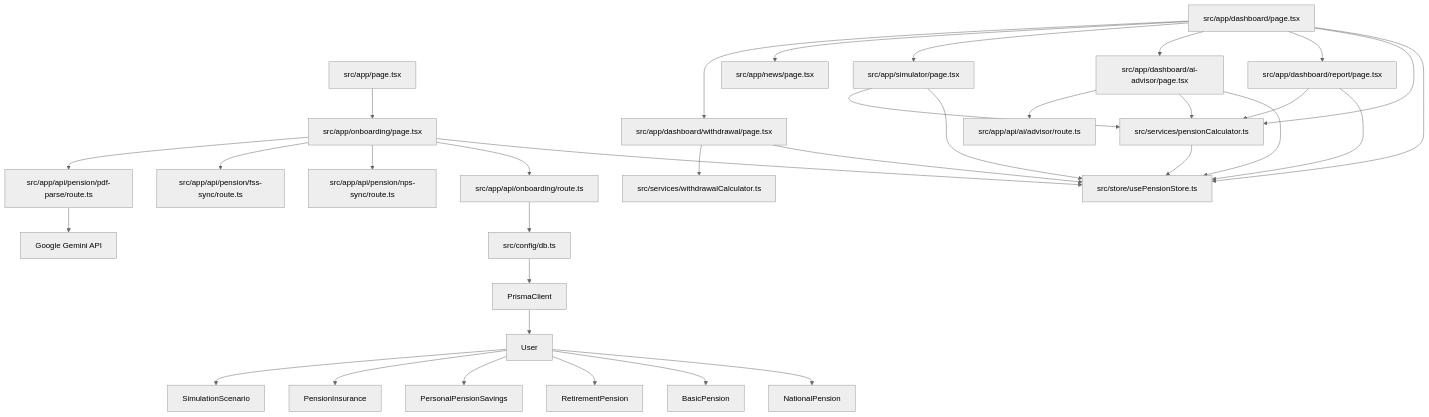
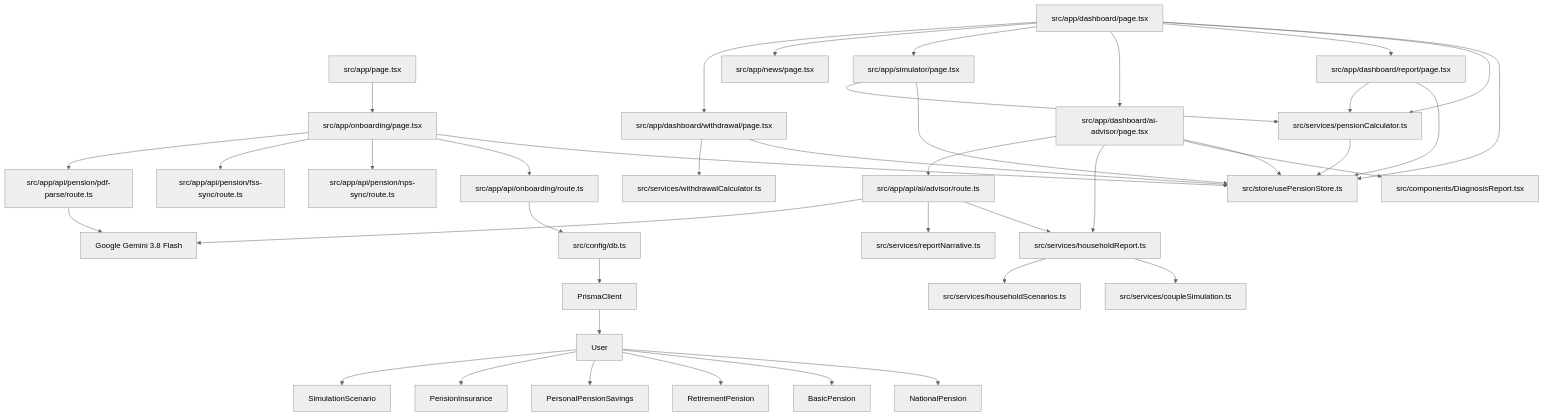
One commit to ChanHoya/PensionLab changed the diagram in docs/dependency-map.md. Above: the diagram before and after it, drawn with Mermaid (neutral theme). The commit also changed 11 other files, not shown here.

````diff
--- a/docs/dependency-map.md
+++ b/docs/dependency-map.md
@@ -3,52 +3,59 @@
 ```mermaid
 graph TD
   %% Database Layer
   db[src/config/db.ts] --> PrismaClient
   PrismaClient --> User
   User --> NationalPension
   User --> BasicPension
   User --> RetirementPension
   User --> PersonalPensionSavings
   User --> PensionInsurance
   User --> SimulationScenario
 
   %% State & Business Logic Layer
   Store[src/store/usePensionStore.ts]
   Calculator[src/services/pensionCalculator.ts]
 
   %% UI & Page Layer
   Landing[src/app/page.tsx] --> OnboardingUI
   OnboardingUI[src/app/onboarding/page.tsx] --> Store
   OnboardingUI --> OnboardingAPI[src/app/api/onboarding/route.ts]
   OnboardingAPI --> db
 
   Dashboard[src/app/dashboard/page.tsx] --> Store
   Dashboard --> Calculator
   Calculator --> Store
 
   %% Sprint 2 Additions
   Dashboard --> Report[src/app/dashboard/report/page.tsx]
   Report --> Store
   Report --> Calculator
   OnboardingUI --> NPSSyncAPI[src/app/api/pension/nps-sync/route.ts]
   OnboardingUI --> FSSSyncAPI[src/app/api/pension/fss-sync/route.ts]
   OnboardingUI --> PDFParseAPI[src/app/api/pension/pdf-parse/route.ts]
   PDFParseAPI --> GeminiAPI[Google Gemini API]
 
-  %% MiniMax AI Advisor (Sprint 12 / MiniMax Integration)
+  %% AI Advisor (Sprint 27 / Household Report & Consulting Narrative)
   Dashboard --> AIAdvisor[src/app/dashboard/ai-advisor/page.tsx]
   AIAdvisor --> Store
-  AIAdvisor --> Calculator
+  AIAdvisor --> DiagnosisReport[src/components/DiagnosisReport.tsx]
+  AIAdvisor --> HouseholdReport[src/services/householdReport.ts]
+  HouseholdReport --> CoupleSim[src/services/coupleSimulation.ts]
+  HouseholdReport --> Scenarios[src/services/householdScenarios.ts]
   AIAdvisor --> AIAdvisorAPI[src/app/api/ai/advisor/route.ts]
+  AIAdvisorAPI --> HouseholdReport
+  AIAdvisorAPI --> ReportNarrative[src/services/reportNarrative.ts]
+  AIAdvisorAPI --> GeminiAPI[Google Gemini 3.8 Flash]
+
 
   %% Simulator & News Routes (404 Bug Fixes)
   Dashboard --> Simulator[src/app/simulator/page.tsx]
   Dashboard --> News[src/app/news/page.tsx]
   Simulator --> Store
   Simulator --> Calculator
 
   %% Withdrawal Strategy (Sprint 19)
   Dashboard --> WithdrawalUI[src/app/dashboard/withdrawal/page.tsx]
   WithdrawalUI --> Store
   WithdrawalUI --> WithdrawalCalc[src/services/withdrawalCalculator.ts]
 ```
````
